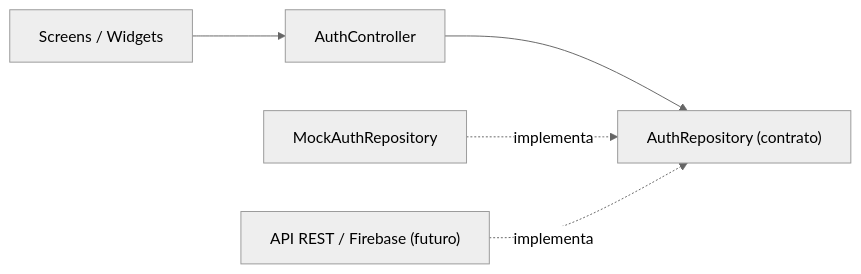
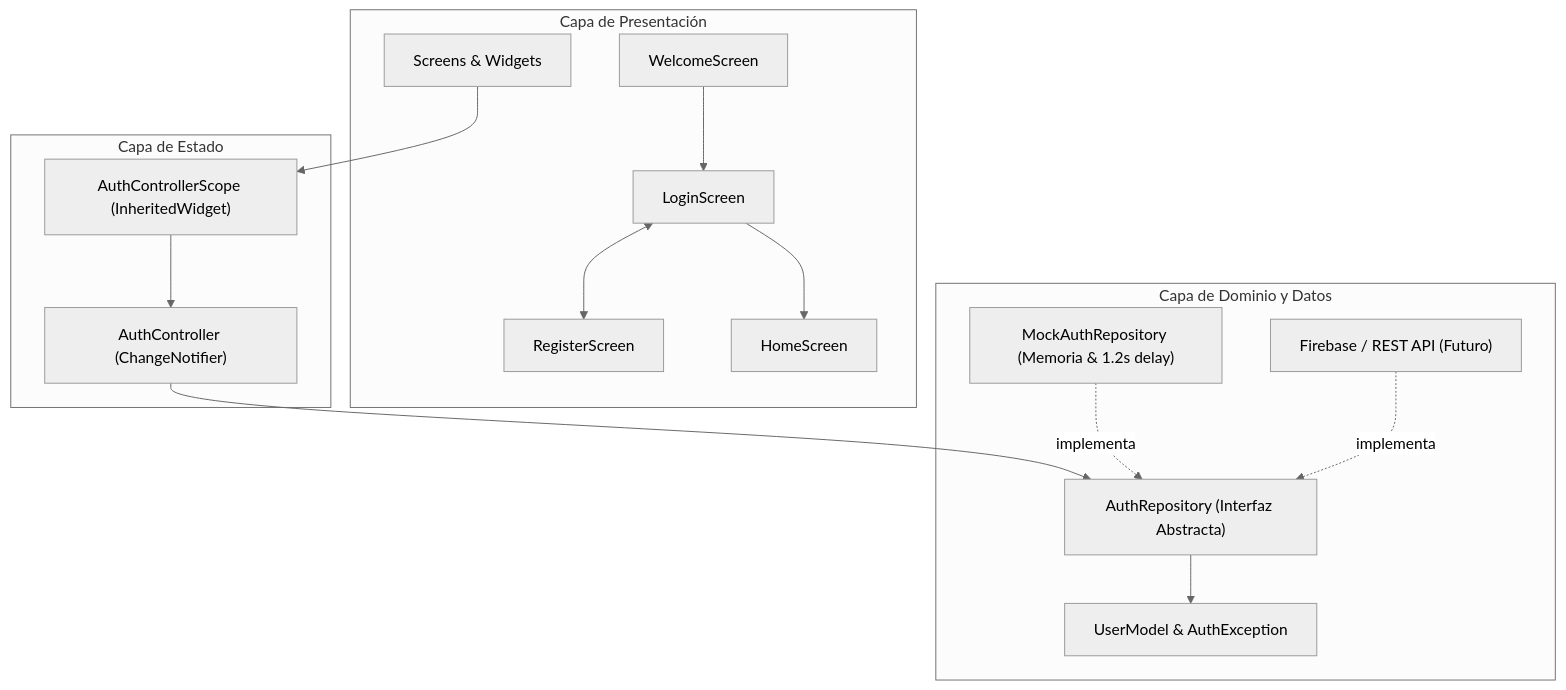
Before and after one commit to Victor30700/LoginFlutter: the diagram in structure.md, drawn with Mermaid (neutral theme). The commit also changed other lines of this file and 1 other file, not shown here.

Commit message:
docs: enrich README and structure with architecture, tech stack and design tokens

````diff
--- a/structure.md
+++ b/structure.md
@@ -122,7 +146,28 @@
 ```mermaid
-flowchart LR
-    Screens["Screens / Widgets"] --> Controller["AuthController"]
-    Controller --> Contract["AuthRepository (contrato)"]
-    Mock["MockAuthRepository"] -. implementa .-> Contract
-    Future["API REST / Firebase (futuro)"] -. implementa .-> Contract
+flowchart TD
+    subgraph UI ["Capa de Presentación"]
+        W["WelcomeScreen"] --> L["LoginScreen"]
+        L <--> R["RegisterScreen"]
+        L --> H["HomeScreen"]
+        Screens["Screens & Widgets"]
+    end
+
+    subgraph State ["Capa de Estado"]
+        Scope["AuthControllerScope (InheritedWidget)"]
+        Controller["AuthController (ChangeNotifier)"]
+    end
+
+    subgraph DomainData ["Capa de Dominio y Datos"]
+        Contract["AuthRepository (Interfaz Abstracta)"]
+        Mock["MockAuthRepository (Memoria & 1.2s delay)"]
+        FutureBackend["Firebase / REST API (Futuro)"]
+        Models["UserModel & AuthException"]
+    end
+
+    Screens --> Scope
+    Scope --> Controller
+    Controller --> Contract
+    Mock -. implementa .-> Contract
+    FutureBackend -. implementa .-> Contract
+    Contract --> Models
 ```
````
